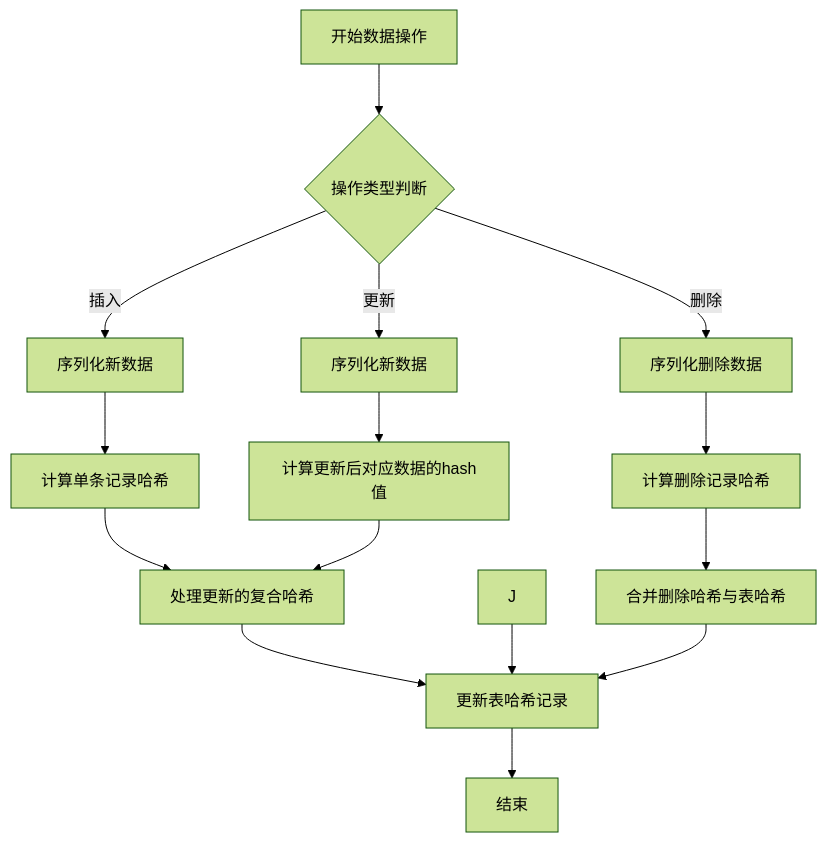
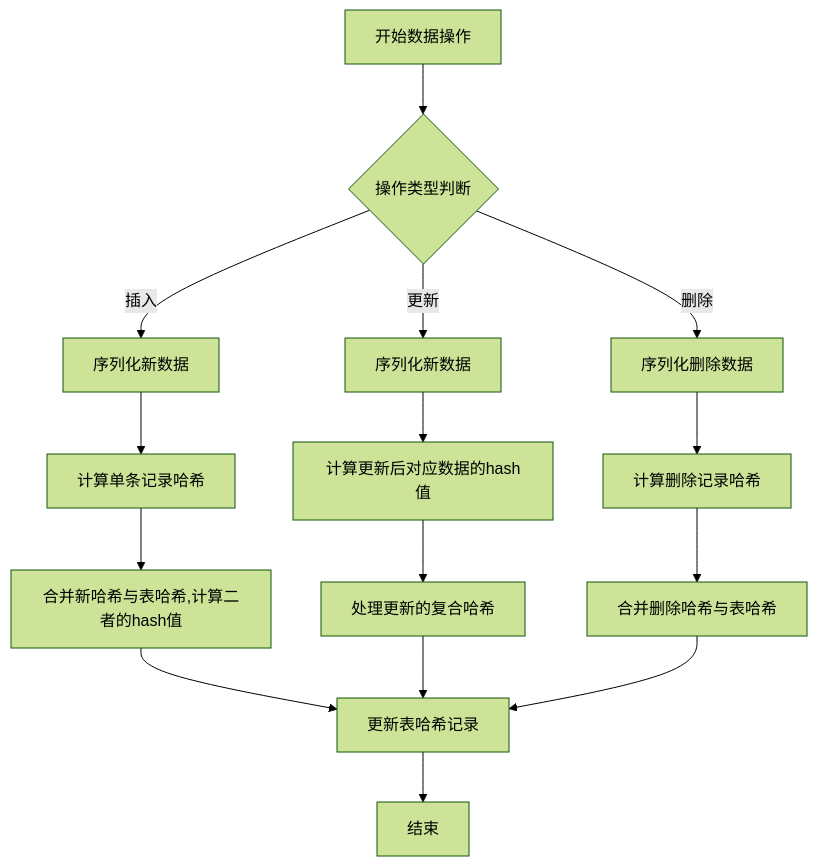
One commit to yingjianzh/iodraw-files changed the diagram in all/未命名-63.md. Above: the diagram before and after it, drawn with Mermaid (forest theme).

Commit message:
2025-05-19 15:02:00 update

````diff
--- a/all/未命名-63.md
+++ b/all/未命名-63.md
@@ -1,21 +1,21 @@
 ```mermaid
 flowchart TD
     A[开始数据操作] --> B{操作类型判断}
     B -->|插入| C[序列化新数据]
     B -->|更新| D[序列化新数据]
     B -->|删除| E[序列化删除数据]
     
     C --> F[计算单条记录哈希]
     D --> G[计算更新后对应数据的hash值]
     E --> H[计算删除记录哈希]
     
     F --> I[合并新哈希与表哈希,计算二者的hash值]
-    G --> I[处理更新的复合哈希]
+    G --> J[处理更新的复合哈希]
     H --> K[合并删除哈希与表哈希]
     
     I --> L[更新表哈希记录]
     J --> L
     K --> L
     
     L --> M[结束]
 ```
````
